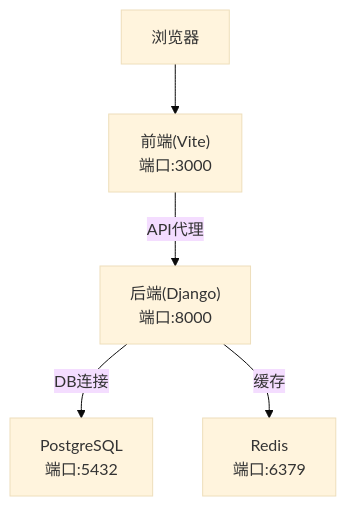
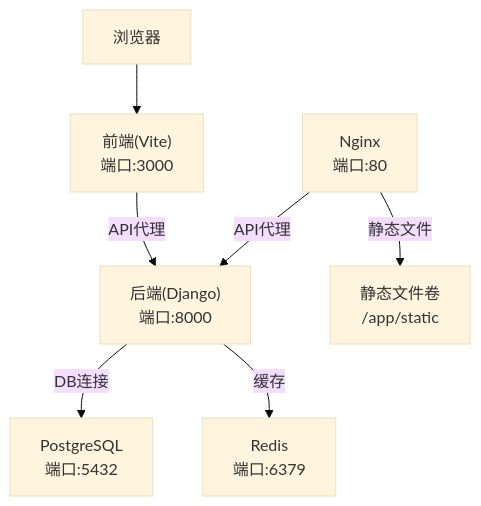
The second of 3 diagrams in .qoder/repowiki/zh/content/部署配置/Docker部署.md (zyp-coder/Metadata), drawn with Mermaid (base theme) before and after one commit. The commit also changed other lines of this file and 54 other files, not shown here.

````diff
--- a/.qoder/repowiki/zh/content/部署配置/Docker部署.md
+++ b/.qoder/repowiki/zh/content/部署配置/Docker部署.md
@@ -94,12 +113,16 @@
 ```mermaid
 graph TB
 Client["浏览器"]
 Frontend["前端(Vite)<br/>端口:3000"]
 Backend["后端(Django)<br/>端口:8000"]
 DB["PostgreSQL<br/>端口:5432"]
 Cache["Redis<br/>端口:6379"]
+Nginx["Nginx<br/>端口:80"]
+StaticVol["静态文件卷<br/>/app/static"]
 Client --> Frontend
 Frontend --> |API代理| Backend
 Backend --> |DB连接| DB
 Backend --> |缓存| Cache
+Nginx --> |静态文件| StaticVol
+Nginx --> |API代理| Backend
 ```
````
